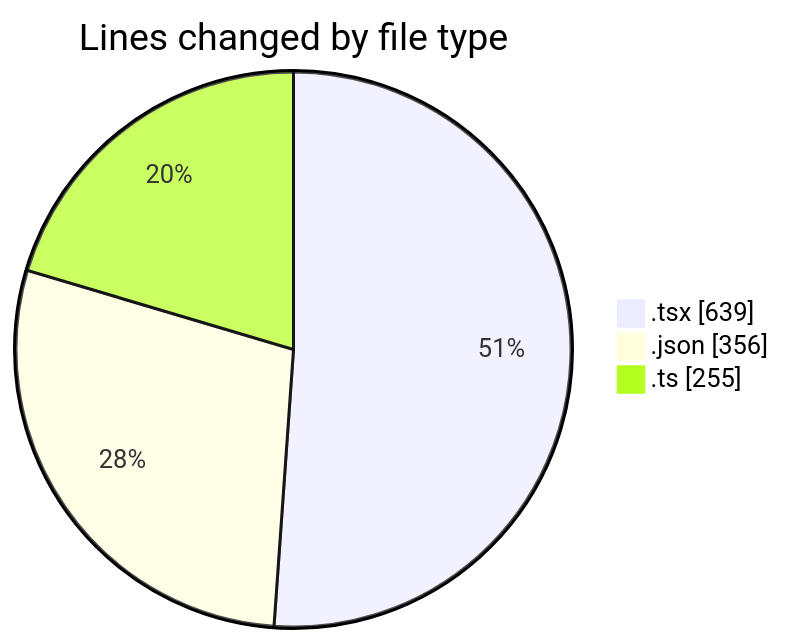
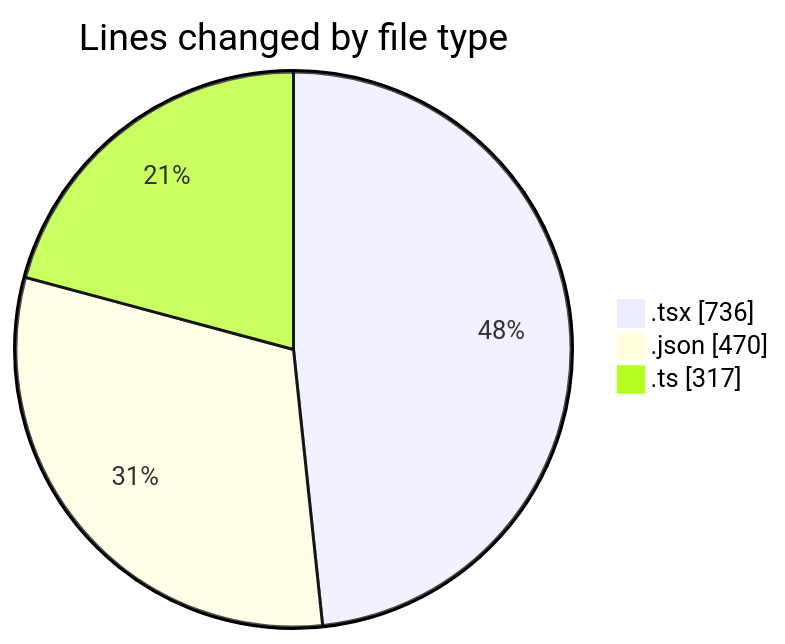
Before and after one commit to Elitesun/code-tracking: the first of 2 diagrams in 2025-04-30/niten/README.md, drawn with Mermaid. The commit also changed other lines of this file and 1 other file, not shown here.

````diff
--- a/2025-04-30/niten/README.md
+++ b/2025-04-30/niten/README.md
@@ -43,7 +46,7 @@
 ```mermaid
 pie showData
 title Lines changed by file type
-".tsx" : 639
-".json" : 356
-".ts" : 255
+".tsx" : 736
+".json" : 470
+".ts" : 317
 ```
````
